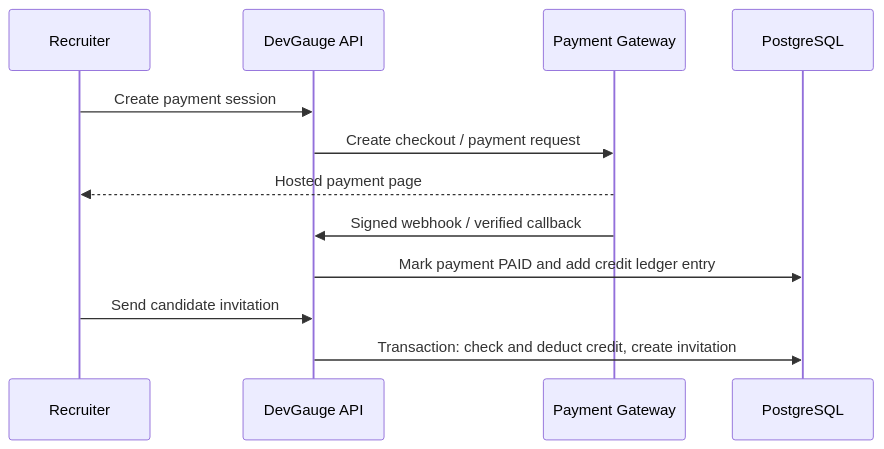
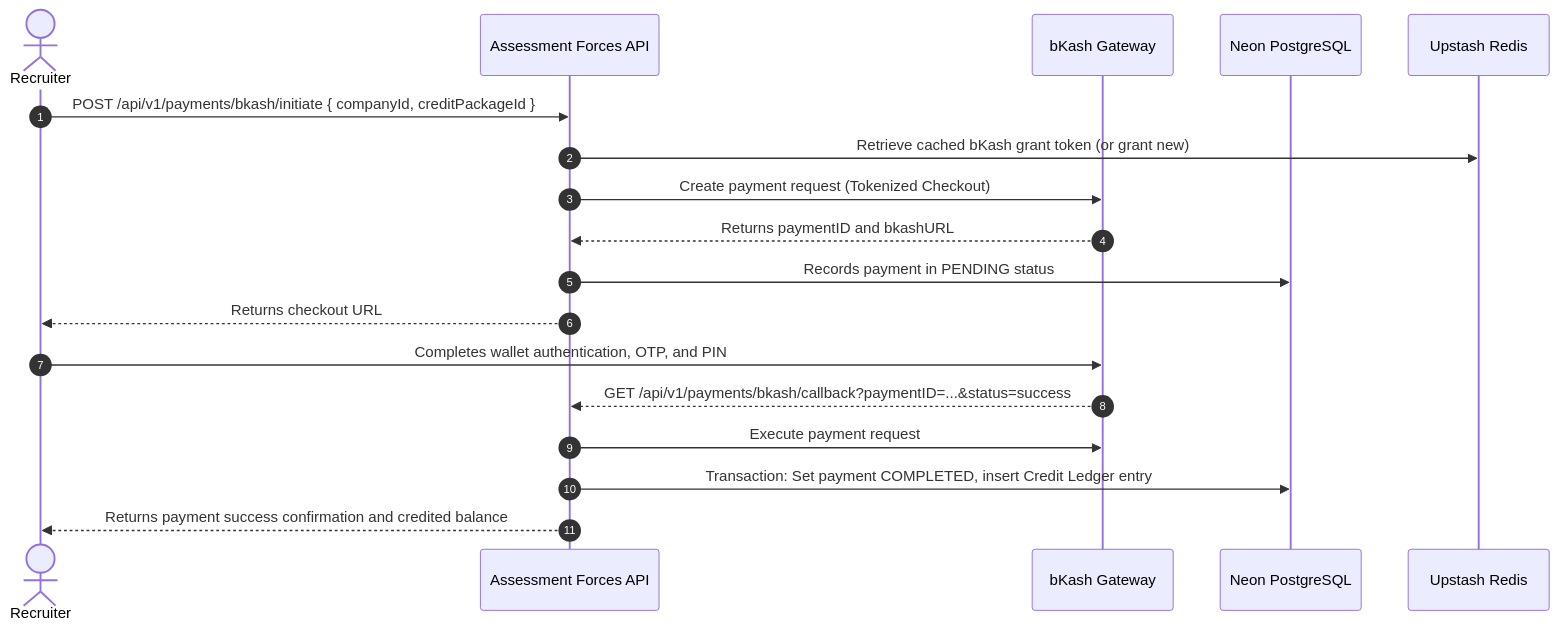
One commit to m-d-Irfan/AssessmentForces changed the third of 3 diagrams in README.md. Above: the diagram before and after it, drawn with Mermaid. The commit also changed other lines of this file, not shown here.

````diff
--- a/README.md
+++ b/README.md
@@ -151,14 +138,21 @@
 ```mermaid
 sequenceDiagram
-  participant R as Recruiter
-  participant API as DevGauge API
-  participant P as Payment Gateway
-  participant DB as PostgreSQL
-  R->>API: Create payment session
-  API->>P: Create checkout / payment request
-  P-->>R: Hosted payment page
-  P->>API: Signed webhook / verified callback
-  API->>DB: Mark payment PAID and add credit ledger entry
-  R->>API: Send candidate invitation
-  API->>DB: Transaction: check and deduct credit, create invitation
+  autonumber
+  actor R as Recruiter
+  participant API as Assessment Forces API
+  participant BK as bKash Gateway
+  participant DB as Neon PostgreSQL
+  participant RD as Upstash Redis
+
+  R->>API: POST /api/v1/payments/bkash/initiate { companyId, creditPackageId }
+  API->>RD: Retrieve cached bKash grant token (or grant new)
+  API->>BK: Create payment request (Tokenized Checkout)
+  BK-->>API: Returns paymentID and bkashURL
+  API->>DB: Records payment in PENDING status
+  API-->>R: Returns checkout URL
+  R->>BK: Completes wallet authentication, OTP, and PIN
+  BK-->>API: GET /api/v1/payments/bkash/callback?paymentID=...&status=success
+  API->>BK: Execute payment request
+  API->>DB: Transaction: Set payment COMPLETED, insert Credit Ledger entry
+  API-->>R: Returns payment success confirmation and credited balance
 ```
````
